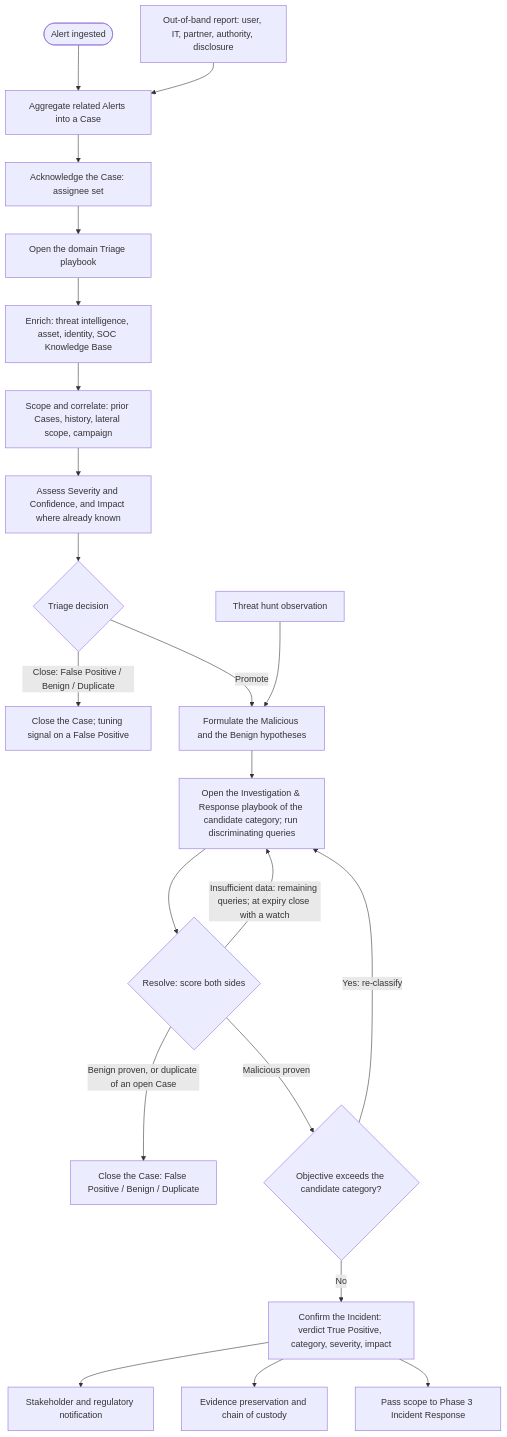
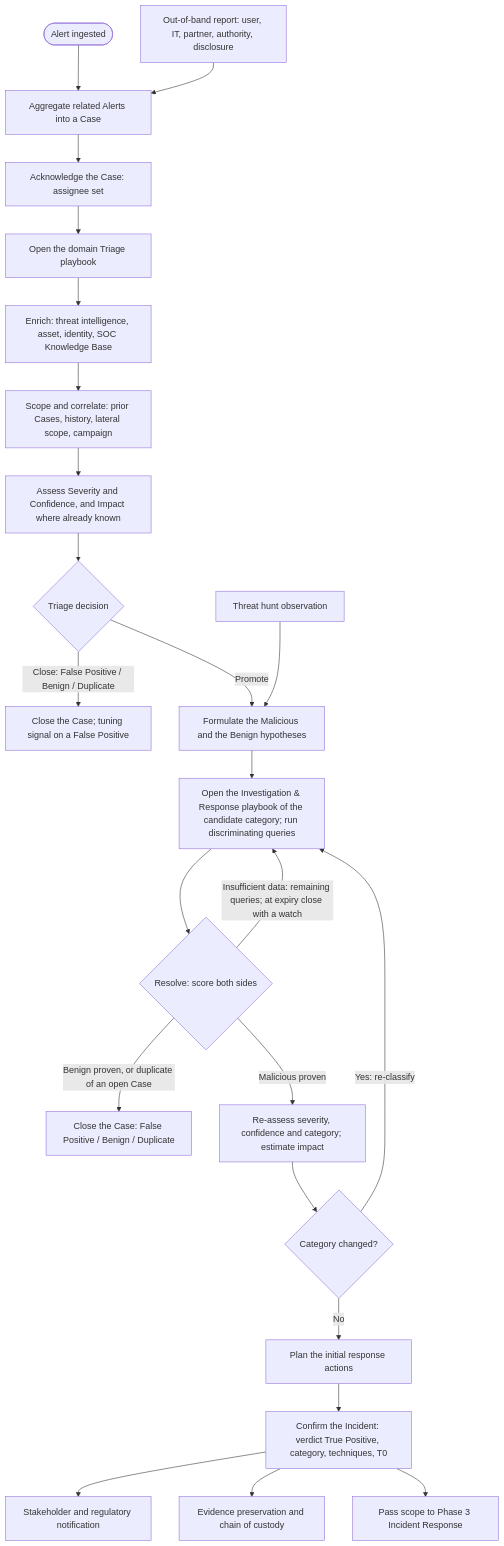
Before and after one commit to ZeroSOC/zerosoc-skills: the diagram in skills/zerosoc-investigation/references/framework/03-Processes/02-detection_and_analysis.md, drawn with Mermaid. The commit also changed other lines of this file and 108 other files, not shown here.

````diff
--- a/skills/zerosoc-investigation/references/framework/03-Processes/02-detection_and_analysis.md
+++ b/skills/zerosoc-investigation/references/framework/03-Processes/02-detection_and_analysis.md
@@ -18,24 +18,26 @@
 ```mermaid
 graph TD
     Start([Alert ingested]) --> Agg[Aggregate related Alerts into a Case]
     OOB[Out-of-band report: user, IT, partner, authority, disclosure] --> Agg
     Agg --> Ack[Acknowledge the Case: assignee set]
     Ack --> Cart[Open the domain Triage playbook]
     Cart --> Enrich[Enrich: threat intelligence, asset, identity, SOC Knowledge Base]
     Enrich --> Scope[Scope and correlate: prior Cases, history, lateral scope, campaign]
     Scope --> Prioritize[Assess Severity and Confidence, and Impact where already known]
     Prioritize --> TriageDecision{Triage decision}
     TriageDecision -->|"Close: False Positive / Benign / Duplicate"| CloseT[Close the Case; tuning signal on a False Positive]
     TriageDecision -->|Promote| Hyp[Formulate the Malicious and the Benign hypotheses]
     Hunt[Threat hunt observation] --> Hyp
     Hyp --> Playbooks[Open the Investigation & Response playbook of the candidate category; run discriminating queries]
     Playbooks --> Resolve{Resolve: score both sides}
     Resolve -->|"Benign proven, or duplicate of an open Case"| CloseI[Close the Case: False Positive / Benign / Duplicate]
     Resolve -->|"Insufficient data: remaining queries; at expiry close with a watch"| Playbooks
-    Resolve -->|"Malicious proven"| Reclass{Objective exceeds the candidate category?}
+    Resolve -->|"Malicious proven"| Assess[Re-assess severity, confidence and category; estimate impact]
+    Assess --> Reclass{Category changed?}
     Reclass -->|"Yes: re-classify"| Playbooks
-    Reclass -->|No| Decl[Confirm the Incident: verdict True Positive, category, severity, impact]
+    Reclass -->|No| PlanR[Plan the initial response actions]
+    PlanR --> Decl[Confirm the Incident: verdict True Positive, category, techniques, T0]
     Decl --> Notify[Stakeholder and regulatory notification]
     Decl --> Evid[Evidence preservation and chain of custody]
     Decl --> Pass[Pass scope to Phase 3 Incident Response]
 ```
````
